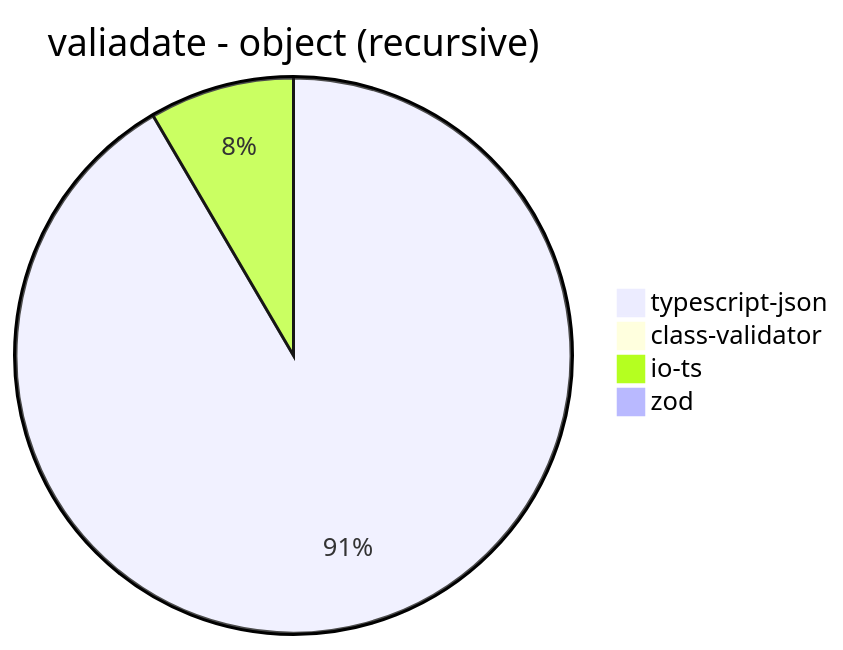
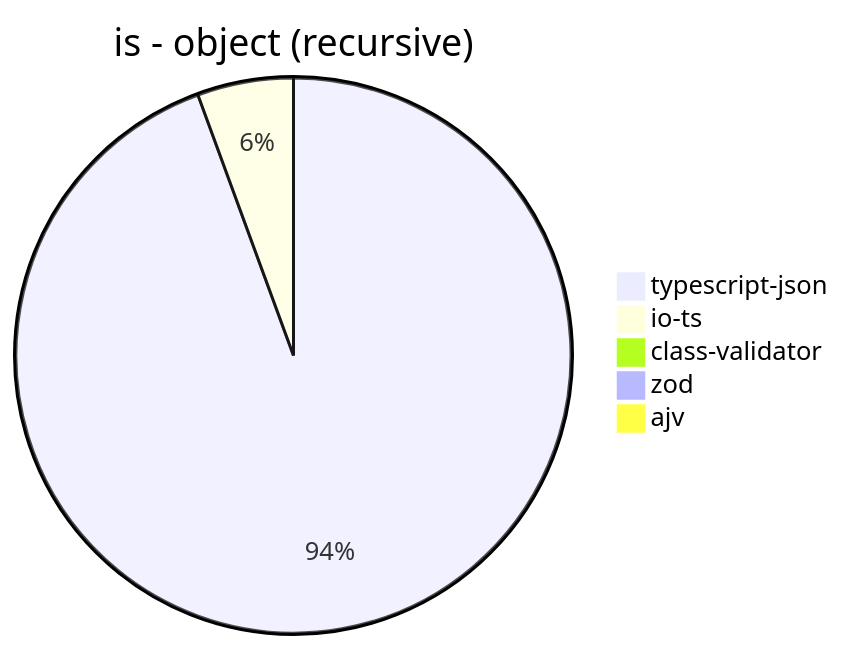
The second of 32 diagrams in benchmark/results/AMD Ryzen 7 5800H with Radeon Graphics.md (samchon/typia), drawn with Mermaid before and after one commit. The commit also changed other lines of this file and 14 other files, not shown here.

Commit message:
Close #243 and Fix #244 - enhance json schema

````diff
--- a/benchmark/results/AMD Ryzen 7 5800H with Radeon Graphics.md
+++ b/benchmark/results/AMD Ryzen 7 5800H with Radeon Graphics.md
@@ -30,7 +31,8 @@
 ```mermaid
-pie title valiadate - object (recursive)
-  "typescript-json": 19118.15668202765
-  "class-validator": 66.03255899030547
-  "io-ts": 1760.195758564437
-  "zod": 72.13885373350209
+pie title is - object (recursive)
+  "typescript-json": 81610.78928312816
+  "io-ts": 4836.22641509434
+  "class-validator": 66.17647058823529
+  "zod": 69.36838262139467
+  "ajv": 0
 ```
````
